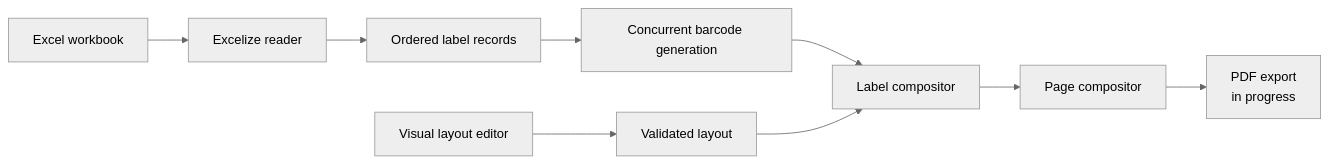
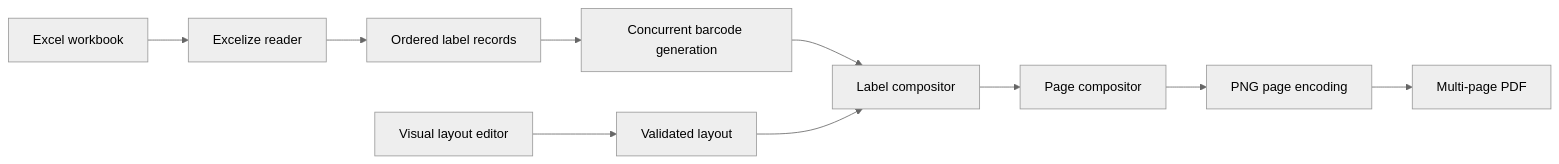
One commit to gamershoney/GoBarcode changed the diagram in gobarcode/README.md. Above: the diagram before and after it, drawn with Mermaid (neutral theme). The commit also changed other lines of this file, not shown here.

````diff
--- a/gobarcode/README.md
+++ b/gobarcode/README.md
@@ -25,11 +26,12 @@
 ```mermaid
 flowchart LR
     A[Excel workbook] --> B[Excelize reader]
     B --> C[Ordered label records]
     C --> D[Concurrent barcode generation]
     E[Visual layout editor] --> F[Validated layout]
     D --> G[Label compositor]
     F --> G
     G --> H[Page compositor]
-    H --> I[PDF export<br/>in progress]
+    H --> I[PNG page encoding]
+    I --> J[Multi-page PDF]
 ```
````
